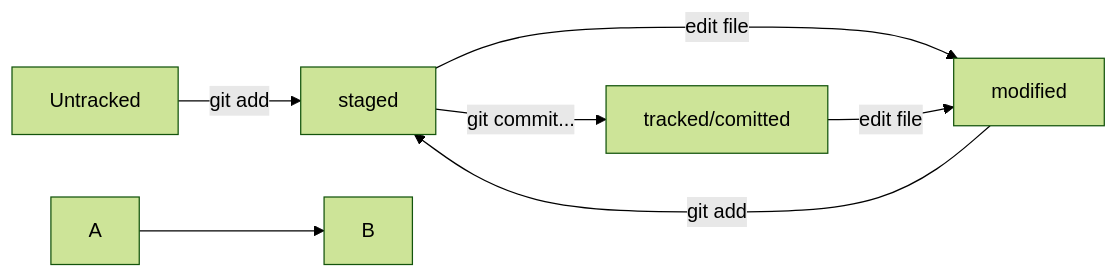
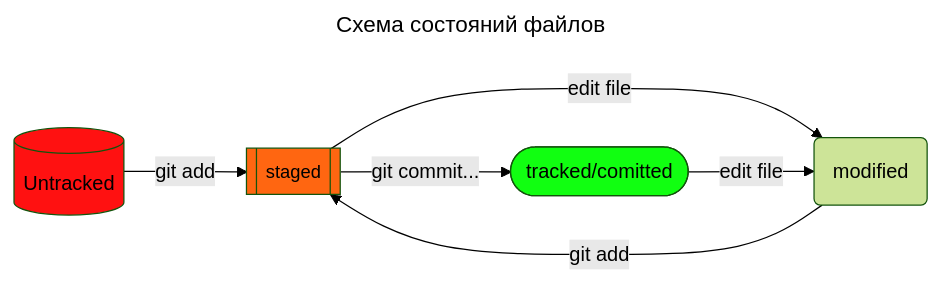
One commit to mavr64/gitpractic changed the diagram in README.md. Above: the diagram before and after it, drawn with Mermaid (forest theme). The commit also changed other lines of this file, not shown here.

Commit message:
Update README.md : + Mermaid diagram

````diff
--- a/README.md
+++ b/README.md
@@ -11,10 +25,16 @@
 ```mermaid
+---
+title: Схема состояний файлов
+---
 graph LR;
-Untracked -- "git add" --> staged;
-staged -- "git commit..." --> tracked/comitted;
-staged -- "edit file" --> modified;
-modified -- "git add" --> staged;
-tracked/comitted -- "edit file" --> modified;
-%% Описание схемы:
-  A --> B
+id3[(Untracked)]:::notyet -- "git add" --> id1[["**staged**"]]:::podyet;
+id1[[staged]] -- "git commit..." --> id2([tracked/comitted]):::yet;
+id1[[staged]] -- "edit file" --> id("modified");
+id("modified") -- "git add" --> id1[[staged]];
+id2([tracked/comitted]) -- "edit file" --> id("modified");
+click id3 callback "Неотслеживаемые";
+classDef notyet fill:#f11, color:#000;
+classDef podyet fill:#f61, color:#000, font-size:11pt;
+classDef yet fill:#1f1, color:#000;
+%% Описание схемы
 ```
````
